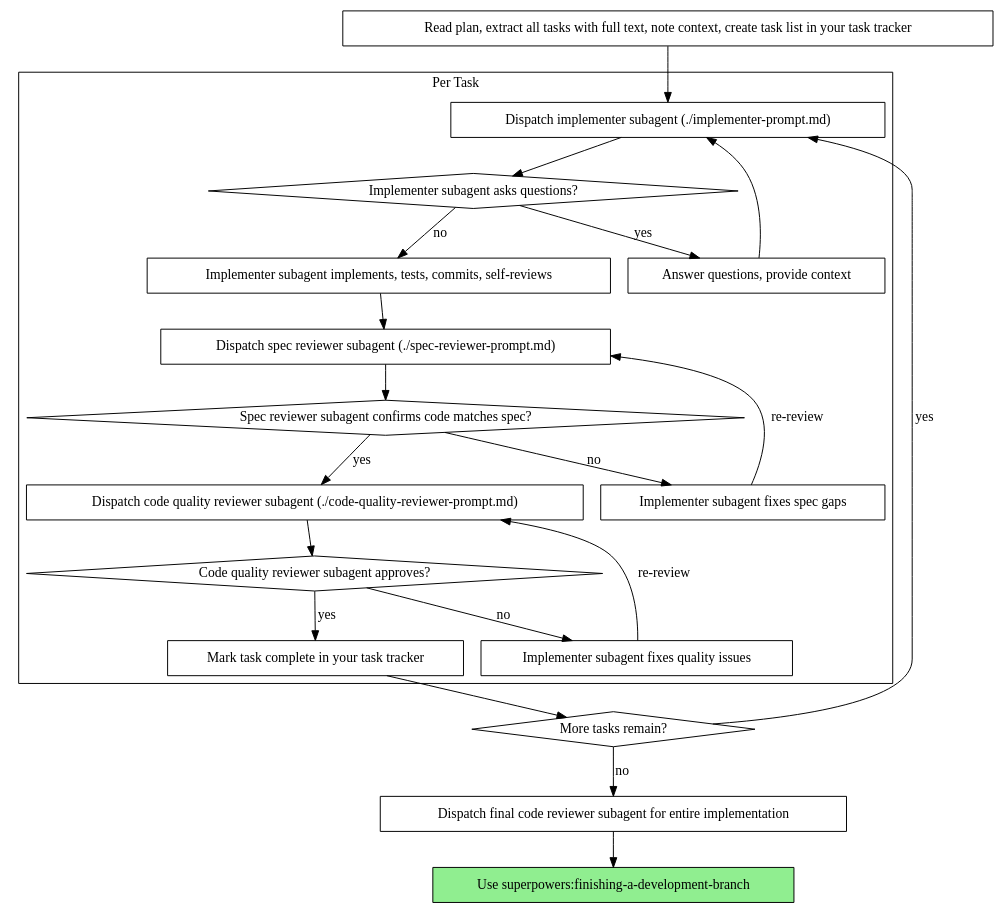
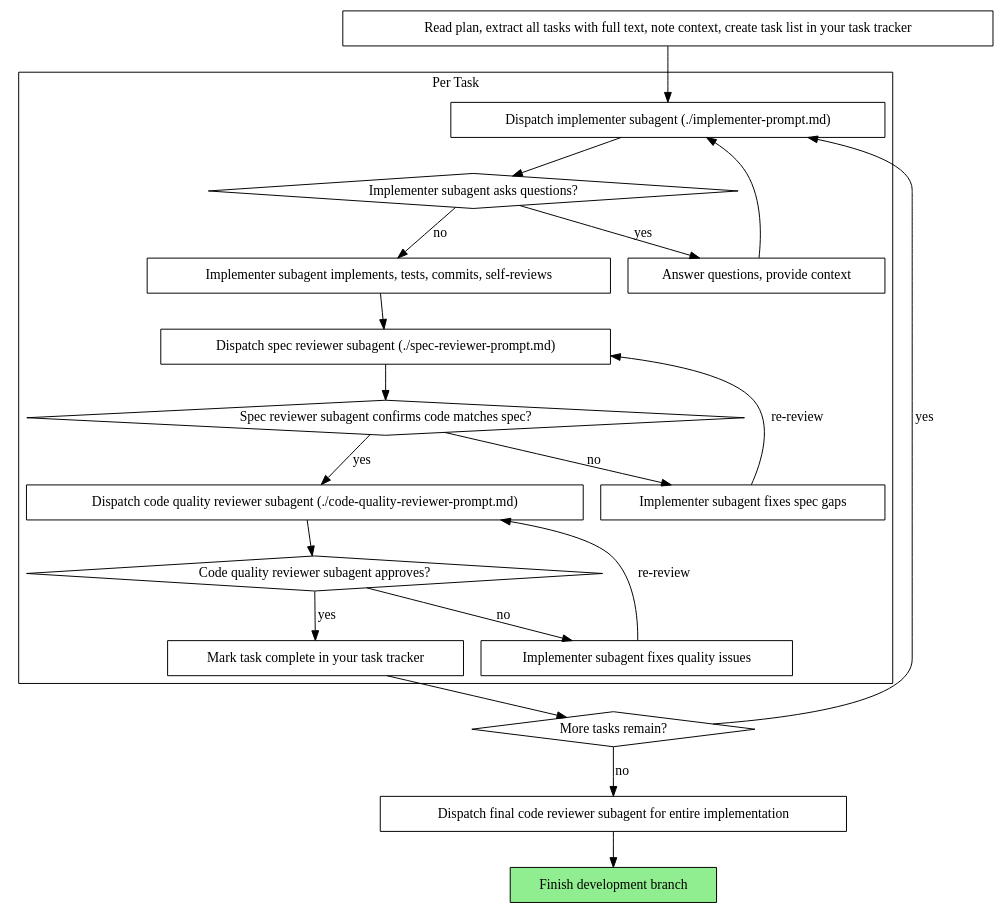
The second of 2 diagrams in plugins/pro-core/skills/subagent-driven-development/SKILL.md (jodybrewster/pro-dev-skillset), drawn with Graphviz before and after one commit. The commit also changed other lines of this file and 17 other files, not shown here.

````diff
--- a/plugins/pro-core/skills/subagent-driven-development/SKILL.md
+++ b/plugins/pro-core/skills/subagent-driven-development/SKILL.md
@@ -44,44 +44,44 @@
 ```dot
 digraph process {
     rankdir=TB;
 
     subgraph cluster_per_task {
         label="Per Task";
         "Dispatch implementer subagent (./implementer-prompt.md)" [shape=box];
         "Implementer subagent asks questions?" [shape=diamond];
         "Answer questions, provide context" [shape=box];
         "Implementer subagent implements, tests, commits, self-reviews" [shape=box];
         "Dispatch spec reviewer subagent (./spec-reviewer-prompt.md)" [shape=box];
         "Spec reviewer subagent confirms code matches spec?" [shape=diamond];
         "Implementer subagent fixes spec gaps" [shape=box];
         "Dispatch code quality reviewer subagent (./code-quality-reviewer-prompt.md)" [shape=box];
         "Code quality reviewer subagent approves?" [shape=diamond];
         "Implementer subagent fixes quality issues" [shape=box];
         "Mark task complete in your task tracker" [shape=box];
     }
 
     "Read plan, extract all tasks with full text, note context, create task list in your task tracker" [shape=box];
     "More tasks remain?" [shape=diamond];
     "Dispatch final code reviewer subagent for entire implementation" [shape=box];
-    "Use superpowers:finishing-a-development-branch" [shape=box style=filled fillcolor=lightgreen];
+    "Finish development branch" [shape=box style=filled fillcolor=lightgreen];
 
     "Read plan, extract all tasks with full text, note context, create task list in your task tracker" -> "Dispatch implementer subagent (./implementer-prompt.md)";
     "Dispatch implementer subagent (./implementer-prompt.md)" -> "Implementer subagent asks questions?";
     "Implementer subagent asks questions?" -> "Answer questions, provide context" [label="yes"];
     "Answer questions, provide context" -> "Dispatch implementer subagent (./implementer-prompt.md)";
     "Implementer subagent asks questions?" -> "Implementer subagent implements, tests, commits, self-reviews" [label="no"];
     "Implementer subagent implements, tests, commits, self-reviews" -> "Dispatch spec reviewer subagent (./spec-reviewer-prompt.md)";
     "Dispatch spec reviewer subagent (./spec-reviewer-prompt.md)" -> "Spec reviewer subagent confirms code matches spec?";
     "Spec reviewer subagent confirms code matches spec?" -> "Implementer subagent fixes spec gaps" [label="no"];
     "Implementer subagent fixes spec gaps" -> "Dispatch spec reviewer subagent (./spec-reviewer-prompt.md)" [label="re-review"];
     "Spec reviewer subagent confirms code matches spec?" -> "Dispatch code quality reviewer subagent (./code-quality-reviewer-prompt.md)" [label="yes"];
     "Dispatch code quality reviewer subagent (./code-quality-reviewer-prompt.md)" -> "Code quality reviewer subagent approves?";
     "Code quality reviewer subagent approves?" -> "Implementer subagent fixes quality issues" [label="no"];
     "Implementer subagent fixes quality issues" -> "Dispatch code quality reviewer subagent (./code-quality-reviewer-prompt.md)" [label="re-review"];
     "Code quality reviewer subagent approves?" -> "Mark task complete in your task tracker" [label="yes"];
     "Mark task complete in your task tracker" -> "More tasks remain?";
     "More tasks remain?" -> "Dispatch implementer subagent (./implementer-prompt.md)" [label="yes"];
     "More tasks remain?" -> "Dispatch final code reviewer subagent for entire implementation" [label="no"];
-    "Dispatch final code reviewer subagent for entire implementation" -> "Use superpowers:finishing-a-development-branch";
+    "Dispatch final code reviewer subagent for entire implementation" -> "Finish development branch";
 }
 ```
````
